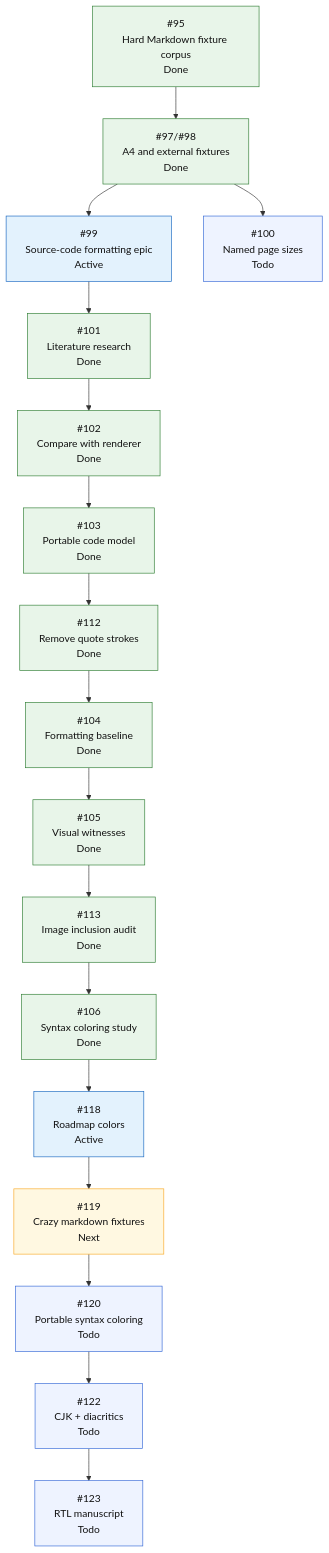
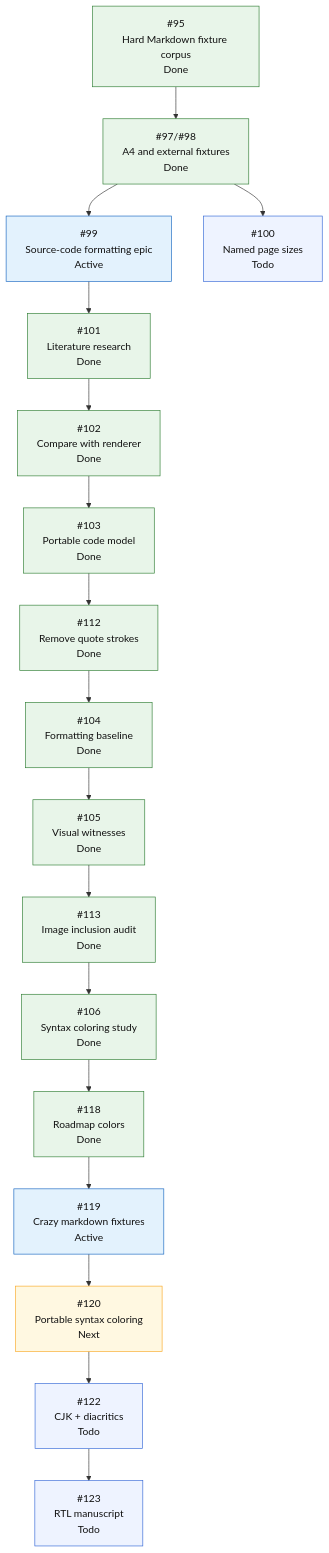
One commit to mihaelamj/MarkdownPDF changed the fifth of 5 diagrams in README.md. Above: the diagram before and after it, drawn with Mermaid. The commit also changed 3 other files, not shown here.

First line of the commit message:
test(fixtures): add crazy markdown witness (#125)

````diff
--- a/README.md
+++ b/README.md
@@ -421,37 +421,36 @@
 ```mermaid
 flowchart TD
     H0["#95<br/>Hard Markdown fixture corpus<br/>Done"]
     H1["#97/#98<br/>A4 and external fixtures<br/>Done"]
     H2["#99<br/>Source-code formatting epic<br/>Active"]
     H2A["#101<br/>Literature research<br/>Done"]
     H2B["#102<br/>Compare with renderer<br/>Done"]
     H2C["#103<br/>Portable code model<br/>Done"]
     H2D["#112<br/>Remove quote strokes<br/>Done"]
     H2E["#104<br/>Formatting baseline<br/>Done"]
     H2F["#105<br/>Visual witnesses<br/>Done"]
     H2G["#113<br/>Image inclusion audit<br/>Done"]
     H2H["#106<br/>Syntax coloring study<br/>Done"]
-    H2I["#118<br/>Roadmap colors<br/>Active"]
-    H2J["#119<br/>Crazy markdown fixtures<br/>Next"]
-    H2K["#120<br/>Portable syntax coloring<br/>Todo"]
+    H2I["#118<br/>Roadmap colors<br/>Done"]
+    H2J["#119<br/>Crazy markdown fixtures<br/>Active"]
+    H2K["#120<br/>Portable syntax coloring<br/>Next"]
     H2L["#122<br/>CJK + diacritics<br/>Todo"]
     H2M["#123<br/>RTL manuscript<br/>Todo"]
     H3["#100<br/>Named page sizes<br/>Todo"]
 
     H0 --> H1
     H1 --> H2
     H2 --> H2A --> H2B --> H2C --> H2D --> H2E --> H2F --> H2G --> H2H --> H2I --> H2J --> H2K --> H2L --> H2M
     H1 --> H3
 
     classDef done fill:#e8f5e9,stroke:#2e7d32,color:#111;
     classDef active fill:#e3f2fd,stroke:#1565c0,color:#111;
     classDef review fill:#f3e5f5,stroke:#7b1fa2,color:#111;
     classDef next fill:#fff8e1,stroke:#f9a825,color:#111;
     classDef todo fill:#eef3ff,stroke:#3367d6,color:#111;
-    class H0 done;
-    class H1 done;
-    class H2,H2I active;
-    class H2A,H2B,H2C,H2D,H2E,H2F,H2G,H2H done;
-    class H2J next;
-    class H2K,H2L,H2M,H3 todo;
+    class H0,H1 done;
+    class H2,H2J active;
+    class H2A,H2B,H2C,H2D,H2E,H2F,H2G,H2H,H2I done;
+    class H2K next;
+    class H2L,H2M,H3 todo;
 ```
````
